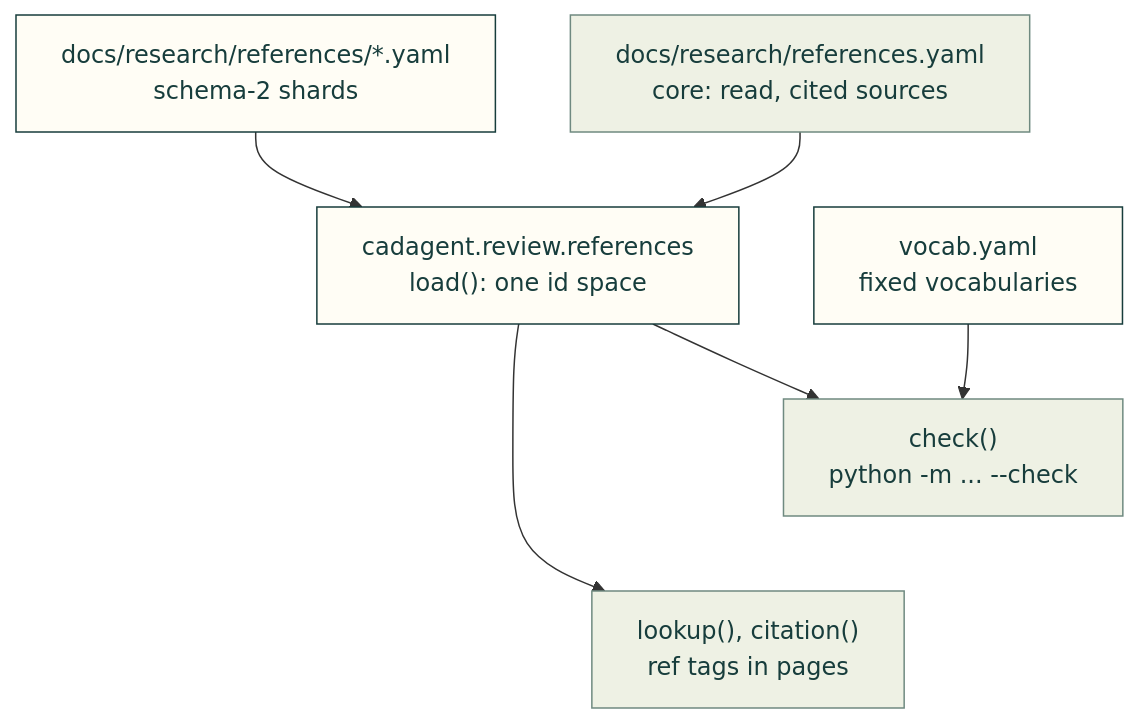
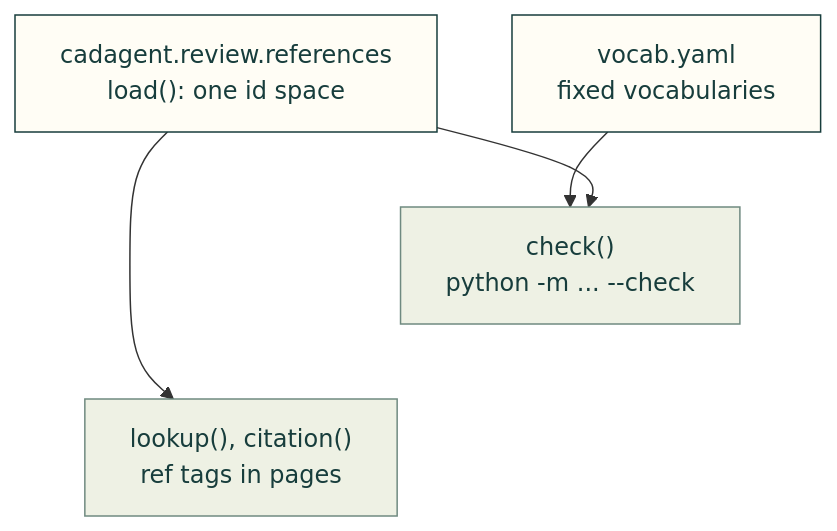
Before and after one commit to Valpatel/cad-agent: the second of 3 diagrams in docs/research/references/README.md, drawn with Mermaid. The commit also changed other lines of this file and 26 other files, not shown here.

Commit message:
docs(repo): make published folder diagrams readable across screen sizes

````diff
--- a/docs/research/references/README.md
+++ b/docs/research/references/README.md
@@ -8,13 +25,15 @@
 ```mermaid
 flowchart TD
-    C["docs/research/references.yaml<br/>core: read, cited sources"] --> L["cadagent.review.references<br/>load(): one id space"]
-    S["docs/research/references/*.yaml<br/>schema-2 shards"] --> L
-    V["vocab.yaml<br/>fixed vocabularies"] --> K["check()<br/>python -m ... --check"]
+    L["cadagent.review.references<br/>load(): one id space"]
+    V["vocab.yaml<br/>fixed vocabularies"]
+    K["check()<br/>python -m ... --check"]
+    U["lookup(), citation()<br/>ref tags in pages"]
+    V --> K
     L --> K
-    L --> U["lookup(), citation()<br/>ref tags in pages"]
+    L --> U
     K ~~~ U
     classDef here fill:#fffdf5,stroke:#173d3c,color:#173d3c
     classDef near fill:#eef1e4,stroke:#6f8a80,color:#173d3c
-    class S,V,L here
-    class C,K,U near
+    class V,L here
+    class K,U near
 ```
````
